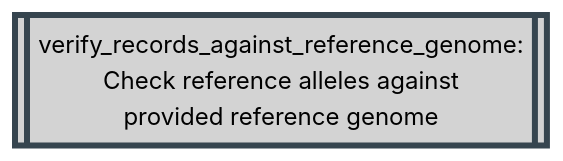
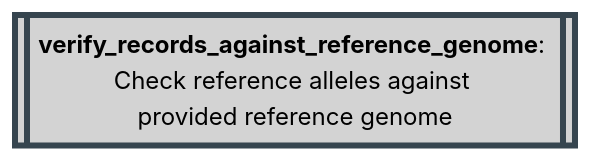
One commit to Tuks-ICMM/Pharmacogenetic-Analysis-Pipeline changed the seventh of 30 diagrams in docs/02-workflow/02-methodology.md. Above: the diagram before and after it, drawn with Mermaid (forest theme). The commit also changed other lines of this file, not shown here.

````diff
--- a/docs/02-workflow/02-methodology.md
+++ b/docs/02-workflow/02-methodology.md
@@ -611,10 +369,7 @@
   ```mermaid
   flowchart TD
+    verify_records_against_reference_genome[[<b>verify_records_against_reference_genome</b>: <br>Check reference alleles against <br>provided reference genome]]
+
     classDef plink stroke:#36454F,fill:#D3D3D3,stroke-width:4px,color:black;
-
-    verify_records_against_reference_genome[[verify_records_against_reference_genome:
-Check reference alleles against
-provided reference genome]]
-
     class verify_records_against_reference_genome plink;
   ```
````
